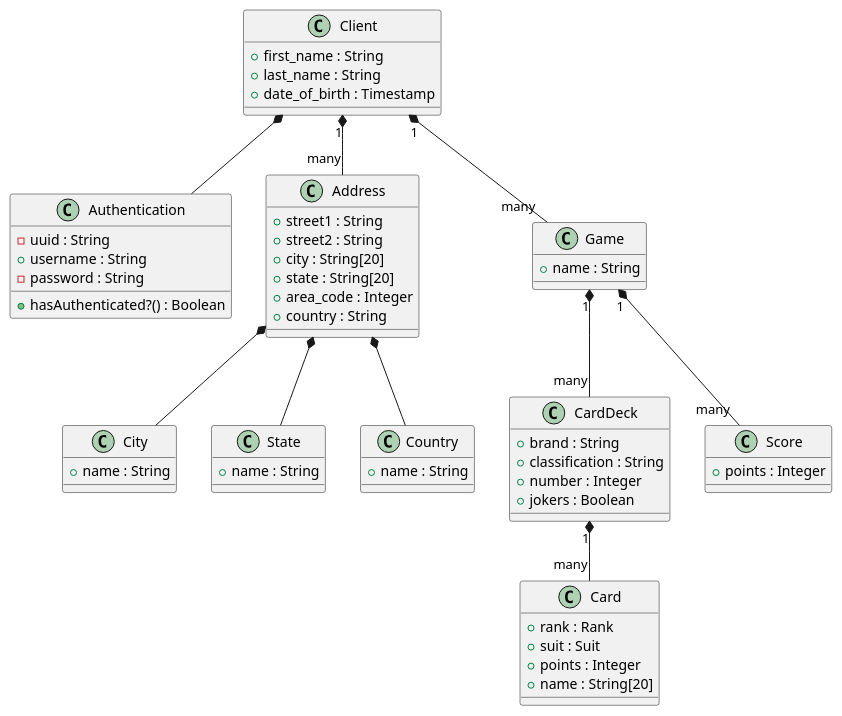
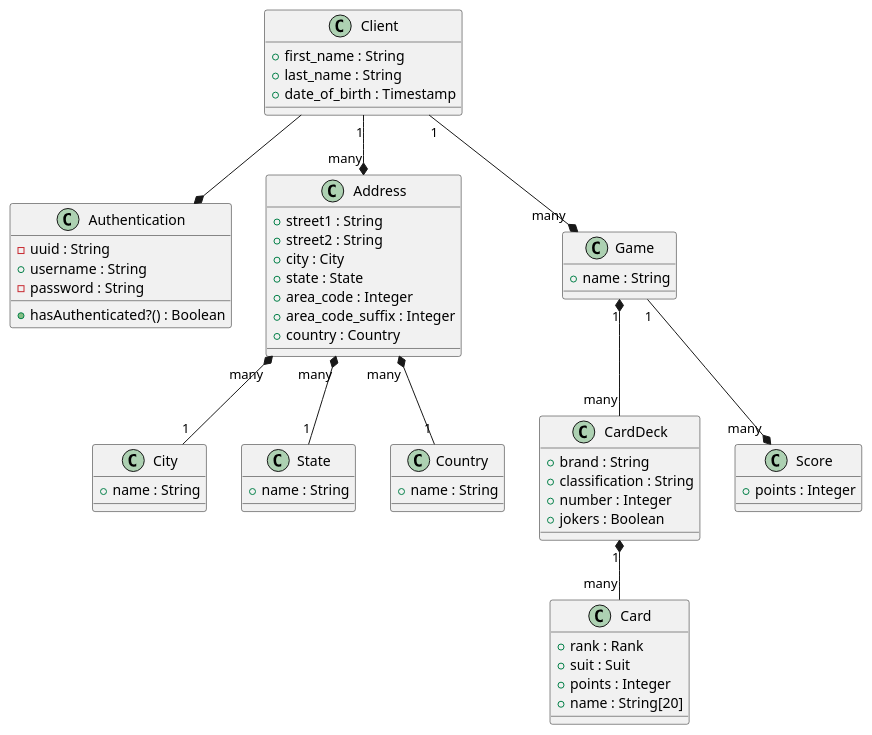
The diagram in md/diagrams/casino_models.md (IMS-Global-Org/casino_be), drawn with PlantUML before and after one commit. The commit also changed 34 other files, not shown here.

```diff
--- a/md/diagrams/casino_models.md
+++ b/md/diagrams/casino_models.md
@@ -1,72 +1,73 @@
 @startuml
 
 class Authentication {
-  -uuid : String
-  +username : String
-  -password : String
-  +hasAuthenticated?() : Boolean
+  - uuid : String
+  + username : String
+  - password : String
+  + hasAuthenticated?() : Boolean
 }
 
 class Client {
   +first_name : String
   +last_name : String
   +date_of_birth : Timestamp
 }
 
 class Address {
-  +street1 : String
-  +street2 : String
-  +city : String[20]
-  +state : String[20]
-  +area_code : Integer
-  +country : String
+  + street1 : String
+  + street2 : String
+  + city : City
+  + state : State
+  + area_code : Integer
+  + area_code_suffix : Integer
+  + country : Country
 }
 
 class Game {
   +name : String
 }
 
 class CardDeck {
   +brand : String
   +classification : String
   +number : Integer
   +jokers : Boolean
 }
 
 class Card {
   +rank : Rank
   +suit : Suit
   +points : Integer
   +name : String[20]
 }
 
 class Score {
   +points : Integer
 }
 
 class City {
   +name : String
 }
 
 class State {
   +name : String
 }
 
 class Country {
   +name : String
 }
 
-Client "1" *-- "many" Address
-Client *-- Authentication
-Client "1" *-- "many" Game
+Client "1" --* "many" Address
+Client --* Authentication
+Client "1" --* "many" Game
 
-Address *-- Country
-Address *-- State
-Address *-- City
+Address "many" *-- "1" Country
+Address "many" *-- "1" State
+Address "many" *-- "1" City
 
 Game "1" *-- "many" CardDeck
-Game "1" *-- "many" Score
+Game "1" --* "many" Score
 
 CardDeck "1" *-- "many" Card
 
 @enduml
```
